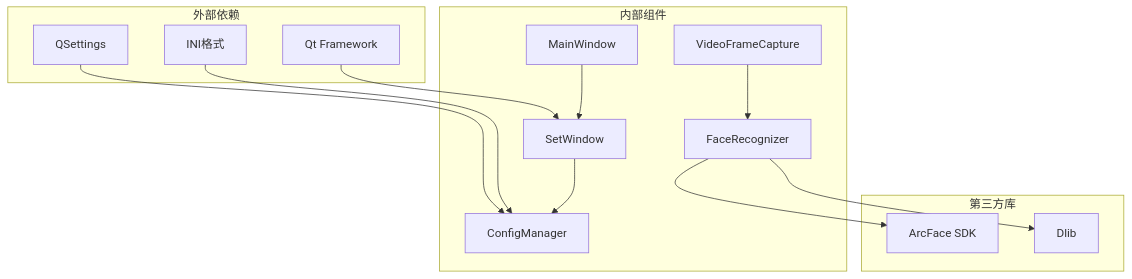
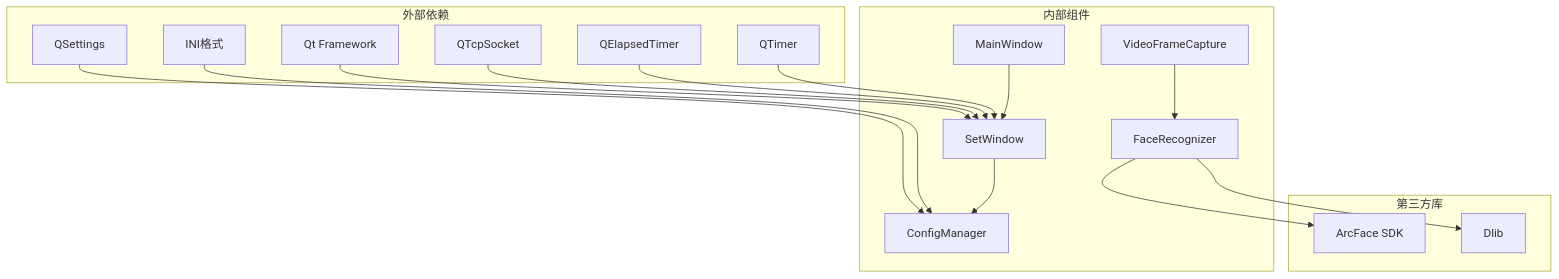
The seventh of 7 diagrams in .qoder/repowiki/zh/content/用户界面设计/设置窗口.md (HeQiTZD/Triple-terminal-Attendance-Punching-System), drawn with Mermaid before and after one commit. The commit also changed other lines of this file and 47 other files, not shown here.

````diff
--- a/.qoder/repowiki/zh/content/用户界面设计/设置窗口.md
+++ b/.qoder/repowiki/zh/content/用户界面设计/设置窗口.md
@@ -263,27 +350,33 @@
 ```mermaid
 graph TB
 subgraph "外部依赖"
 QT[Qt Framework]
 QSettings[QSettings]
 QSettingsINI[INI格式]
+QTcpSocket[QTcpSocket]
+QElapsedTimer[QElapsedTimer]
+QTimer[QTimer]
 end
 subgraph "内部组件"
 SW[SetWindow]
 CM[ConfigManager]
 MW[MainWindow]
 VC[VideoFrameCapture]
 FR[FaceRecognizer]
 end
 subgraph "第三方库"
 AF[ArcFace SDK]
 DLIB[Dlib]
 end
 QT --> SW
 QSettings --> CM
 QSettingsINI --> CM
+QTcpSocket --> SW
+QElapsedTimer --> SW
+QTimer --> SW
 SW --> CM
 MW --> SW
 VC --> FR
 FR --> AF
 FR --> DLIB
 ```
````
